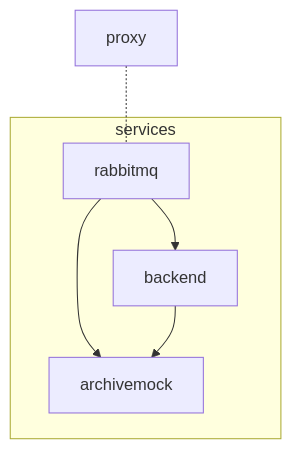
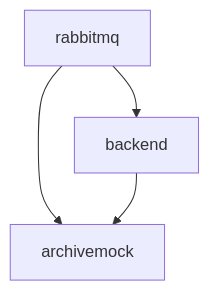
The diagram in services/backendv3/README.md (SciCatProject/scicatlive), drawn with Mermaid before and after one commit. The commit also changed 8 other files, not shown here.

````diff
--- a/services/backendv3/README.md
+++ b/services/backendv3/README.md
@@ -74,9 +74,6 @@
 ```mermaid
 graph TD   
-    proxy -.- rabbitmq
-    subgraph services
-        rabbitmq --> archivemock
-        rabbitmq --> backend
-        backend --> archivemock
-    end
+    rabbitmq --> archivemock
+    rabbitmq --> backend
+    backend --> archivemock
 ```
````
